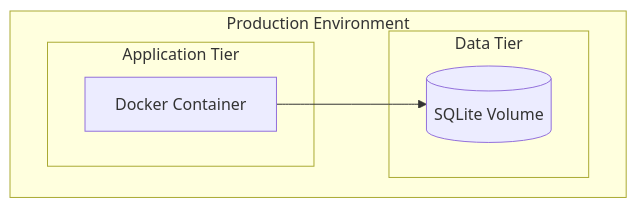
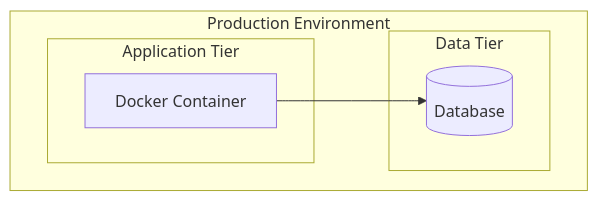
The fourth of 5 diagrams in resources/templates/architecture-template.md (peterVG/open-agent-dev), drawn with Mermaid before and after one commit. The commit also changed 74 other files, not shown here.

````diff
--- a/resources/templates/architecture-template.md
+++ b/resources/templates/architecture-template.md
@@ -89,13 +89,13 @@
 ```mermaid
 %% Replace with actual cloud or container topology
 graph TB
     subgraph "Production Environment"
         subgraph "Application Tier"
             D[Docker Container]
         end
         subgraph "Data Tier"
-            F[(SQLite Volume)]
+            F[(Database)]
         end
         D --> F
     end
 ```
````
